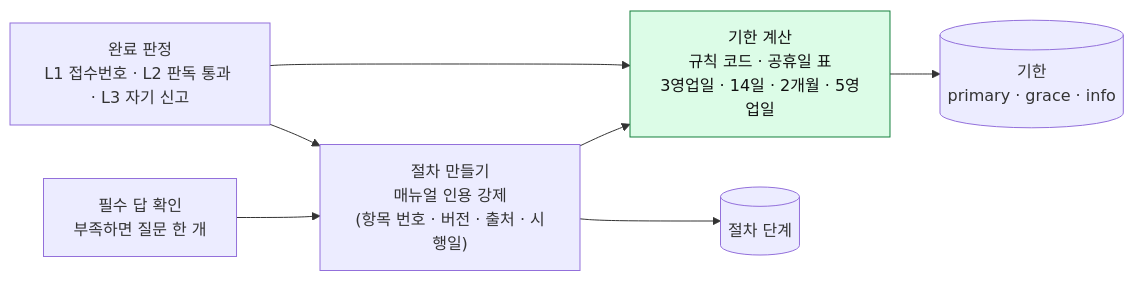
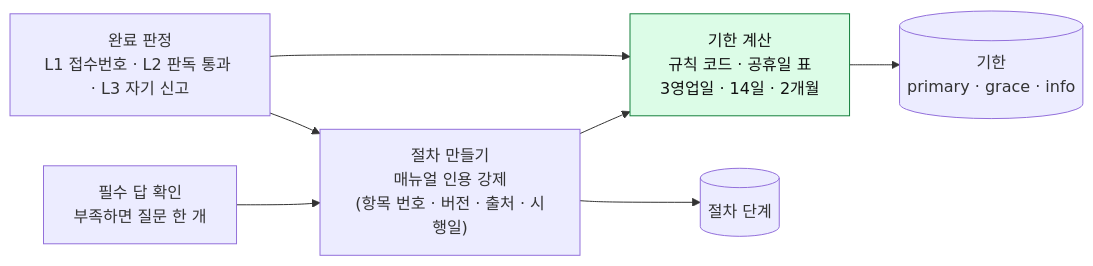
One commit to Dojaegyum/fsec-ai-challenge changed the sixth of 9 diagrams in 기능명세서-FinAlly.md. Above: the diagram before and after it, drawn with Mermaid. The commit also changed other lines of this file and 5 other files, not shown here.

````diff
--- a/기능명세서-FinAlly.md
+++ b/기능명세서-FinAlly.md
@@ -371,10 +371,10 @@
 ```mermaid
 flowchart LR
     SC["필수 답 확인<br/>부족하면 질문 한 개"] --> PL["절차 만들기<br/>매뉴얼 인용 강제<br/>(항목 번호 · 버전 · 출처 · 시행일)"]
-    PL --> DC["기한 계산<br/>규칙 코드 · 공휴일 표<br/>3영업일 · 14일 · 2개월 · 5영업일"]
+    PL --> DC["기한 계산<br/>규칙 코드 · 공휴일 표<br/>3영업일 · 14일 · 2개월"]
     COMP["완료 판정<br/>L1 접수번호 · L2 판독 통과 · L3 자기 신고"] --> DC
     COMP --> PL
     DC --> DL[("기한<br/>primary · grace · info")]
     PL --> ST[("절차 단계")]
     style DC fill:#dcfce7,stroke:#15803d,color:#111
 ```
````
